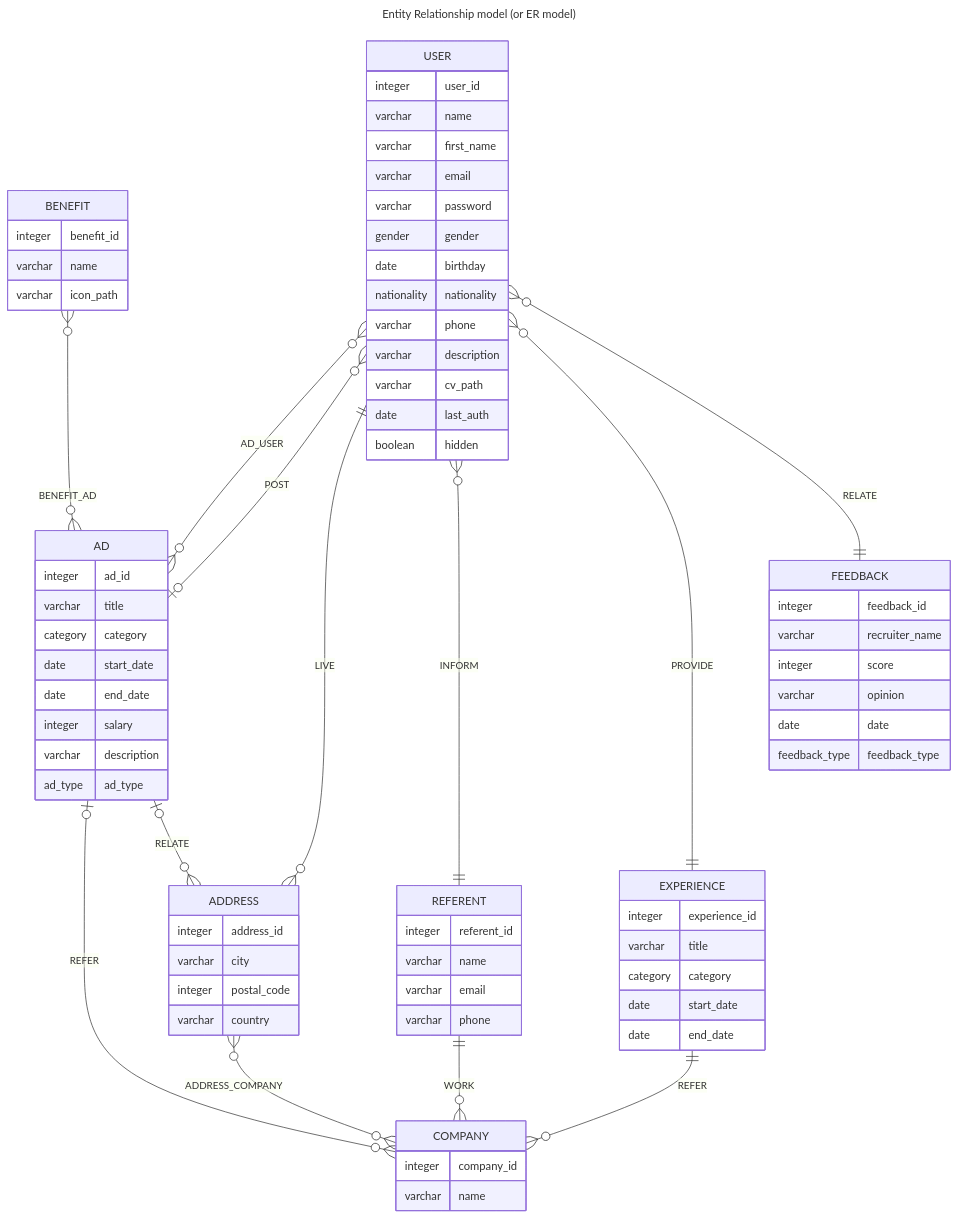
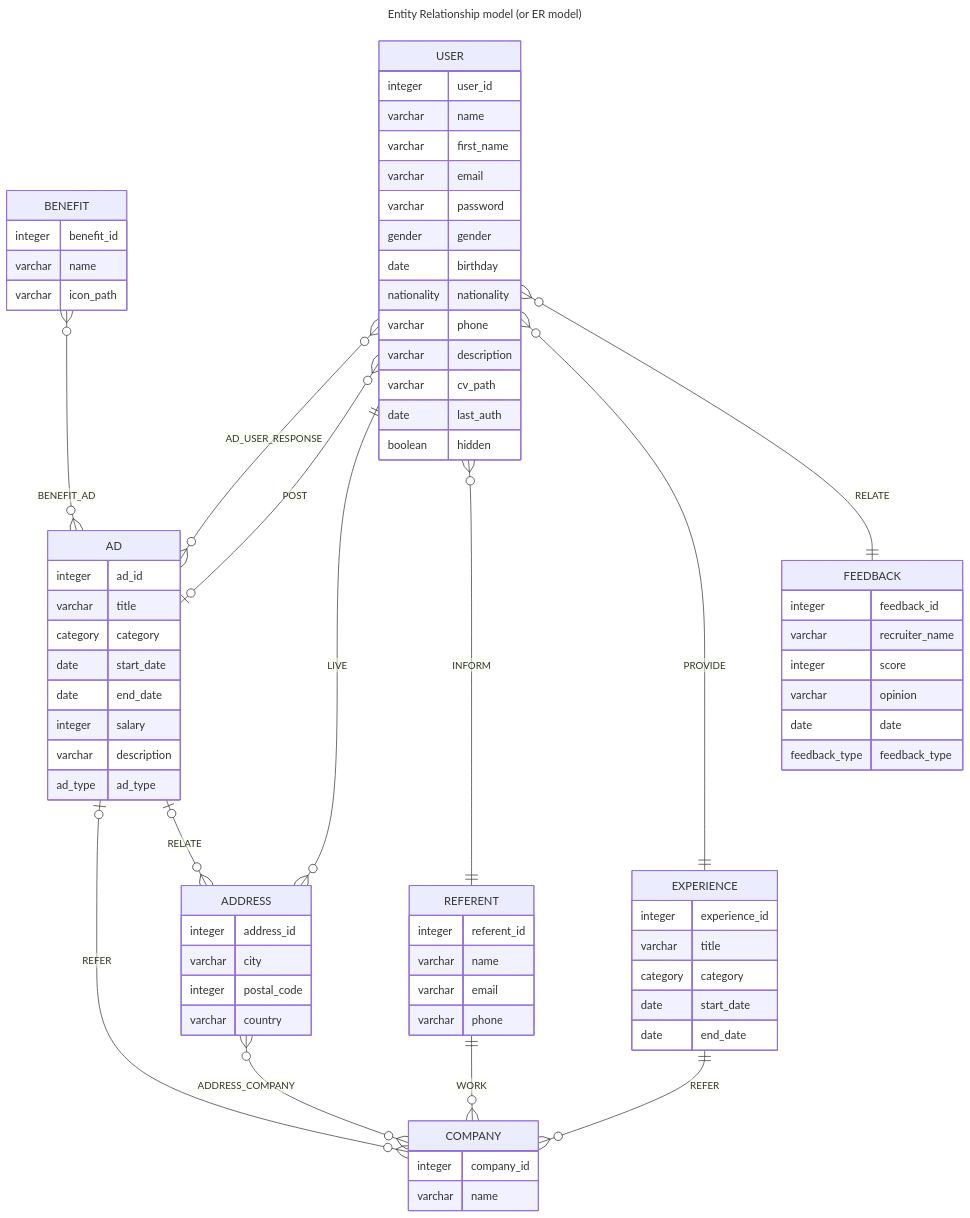
The diagram in Documentation/RDBMS.md (sylvain-pierrot/seasonal-workers), drawn with Mermaid before and after one commit.

Commit message:
chore: update doc CDM database

````diff
--- a/Documentation/RDBMS.md
+++ b/Documentation/RDBMS.md
@@ -28,79 +28,79 @@
 ```mermaid
 ---
 title: Entity Relationship model (or ER model)
 ---
 erDiagram
     BENEFIT {
         integer benefit_id
         varchar name
         varchar icon_path
     }
     AD {
         integer ad_id
         varchar title
         category category
         date start_date
         date end_date
         integer salary
         varchar description
         ad_type ad_type
     }
     COMPANY {
         integer company_id
         varchar name
     }
     EXPERIENCE {
         integer experience_id
         varchar title
         category category
         date start_date
         date end_date
     }
     USER {
         integer user_id
         varchar name
         varchar first_name
         varchar email
         varchar password
         gender gender
         date birthday
         nationality nationality
         varchar phone
         varchar description
         varchar cv_path
         date last_auth
         boolean hidden
     }
     ADDRESS {
         integer address_id
         varchar city
         integer postal_code
         varchar country
     }
     REFERENT {
         integer referent_id
         varchar name
         varchar email
         varchar phone
     }
     FEEDBACK {
         integer feedback_id
         varchar recruiter_name
         integer score
         varchar opinion
         date date
         feedback_type feedback_type
     }
     BENEFIT o{--}o AD : "BENEFIT_AD"
     AD o|--}o COMPANY : "REFER"
     AD o|--}o ADDRESS : "RELATE"
-    USER o{--}o AD : "AD_USER"
+    USER o{--}o AD : "AD_USER_RESPONSE"
     EXPERIENCE ||--}o COMPANY : "REFER"
     USER o{--o| AD : "POST"
     USER ||--}o ADDRESS : "LIVE"
     USER o{--|| REFERENT : "INFORM"
     USER o{--|| EXPERIENCE : "PROVIDE"
     USER o{--|| FEEDBACK : "RELATE"
     ADDRESS o{--}o COMPANY : "ADDRESS_COMPANY"
     REFERENT ||--}o COMPANY : "WORK"
 ```
````
